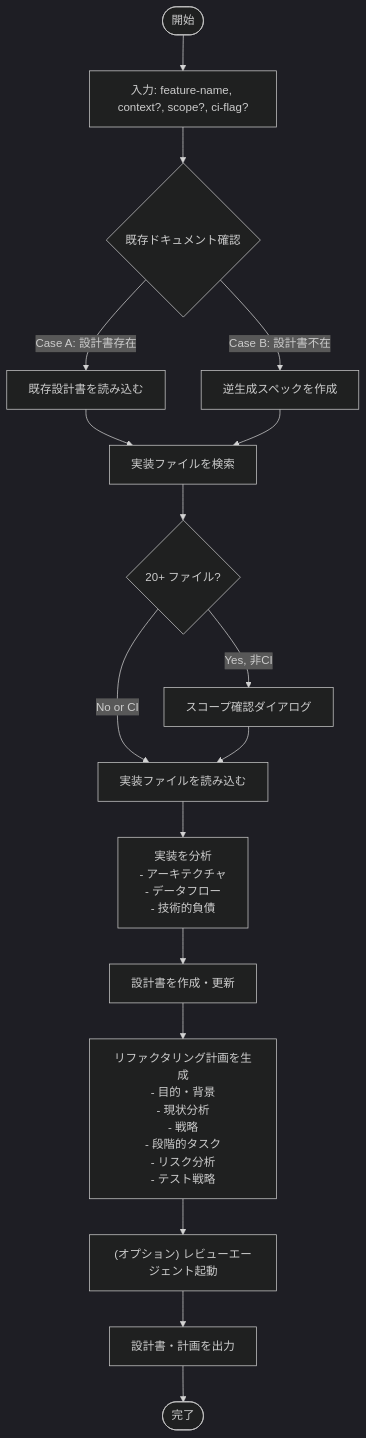
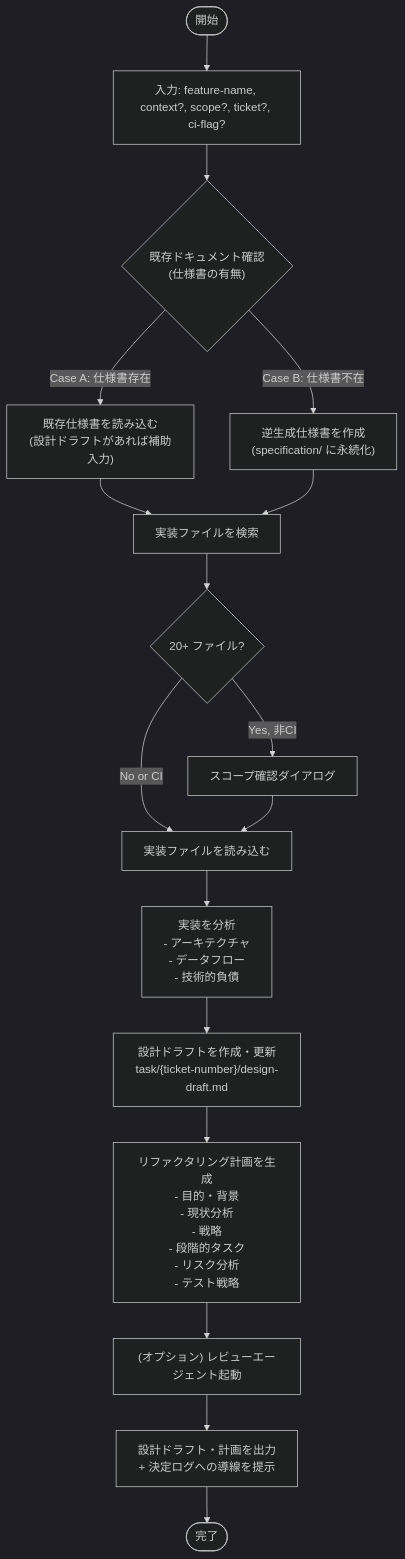
Before and after one commit to ToshikiImagawa/ai-sdd-workflow-dev: the second of 2 diagrams in .sdd/specification/spec-design/plan-refactor_spec.md, drawn with Mermaid. The commit also changed other lines of this file and 20 other files, not shown here.

First line of the commit message:
[fix] plan-refactor の Case 判定を spec 基準に移行し逆生成 design を一時ドラフト化 (#99)

````diff
--- a/.sdd/specification/spec-design/plan-refactor_spec.md
+++ b/.sdd/specification/spec-design/plan-refactor_spec.md
@@ -146,26 +162,26 @@
 ```mermaid
 %%{init: {'theme': 'dark'}}%%
 flowchart TD
-    Start([開始]) --> Input["入力: feature-name, context?, scope?, ci-flag?"]
-    Input --> ScanExist{"既存ドキュメント確認"}
-    
-    ScanExist -->|Case A: 設計書存在| CaseA["既存設計書を読み込む"]
-    ScanExist -->|Case B: 設計書不在| CaseB["逆生成スペックを作成"]
-    
+    Start([開始]) --> Input["入力: feature-name, context?, scope?, ticket?, ci-flag?"]
+    Input --> ScanExist{"既存ドキュメント確認<br/>(仕様書の有無)"}
+
+    ScanExist -->|"Case A: 仕様書存在"| CaseA["既存仕様書を読み込む<br/>(設計ドラフトがあれば補助入力)"]
+    ScanExist -->|"Case B: 仕様書不在"| CaseB["逆生成仕様書を作成<br/>(specification/ に永続化)"]
+
     CaseA --> FindImpl["実装ファイルを検索"]
     CaseB --> FindImpl
-    
+
     FindImpl --> LargeImpl{"20+ ファイル?"}
     LargeImpl -->|Yes, 非CI| AskScope["スコープ確認ダイアログ"]
     LargeImpl -->|No or CI| ReadImpl["実装ファイルを読み込む"]
     AskScope --> ReadImpl
-    
+
     ReadImpl --> Analyze["実装を分析<br/>- アーキテクチャ<br/>- データフロー<br/>- 技術的負債"]
-    
-    Analyze --> UpdateDesign["設計書を作成・更新"]
-    UpdateDesign --> CreatePlan["リファクタリング計画を生成<br/>- 目的・背景<br/>- 現状分析<br/>- 戦略<br/>- 段階的タスク<br/>- リスク分析<br/>- テスト戦略"]
-    
+
+    Analyze --> UpdateDraft["設計ドラフトを作成・更新<br/>task/{ticket-number}/design-draft.md"]
+    UpdateDraft --> CreatePlan["リファクタリング計画を生成<br/>- 目的・背景<br/>- 現状分析<br/>- 戦略<br/>- 段階的タスク<br/>- リスク分析<br/>- テスト戦略"]
+
     CreatePlan --> Review["(オプション) レビューエージェント起動"]
-    Review --> Output["設計書・計画を出力"]
+    Review --> Output["設計ドラフト・計画を出力<br/>+ 決定ログへの導線を提示"]
     Output --> End([完了])
 ```
````
